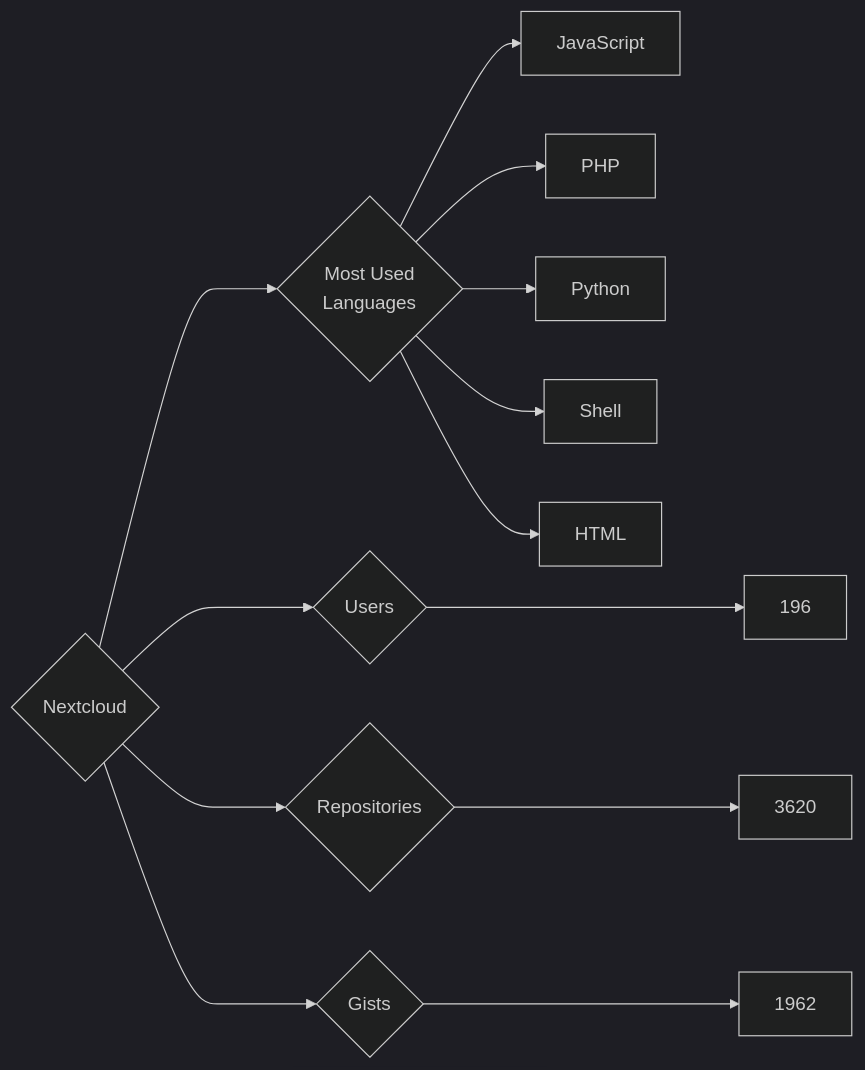
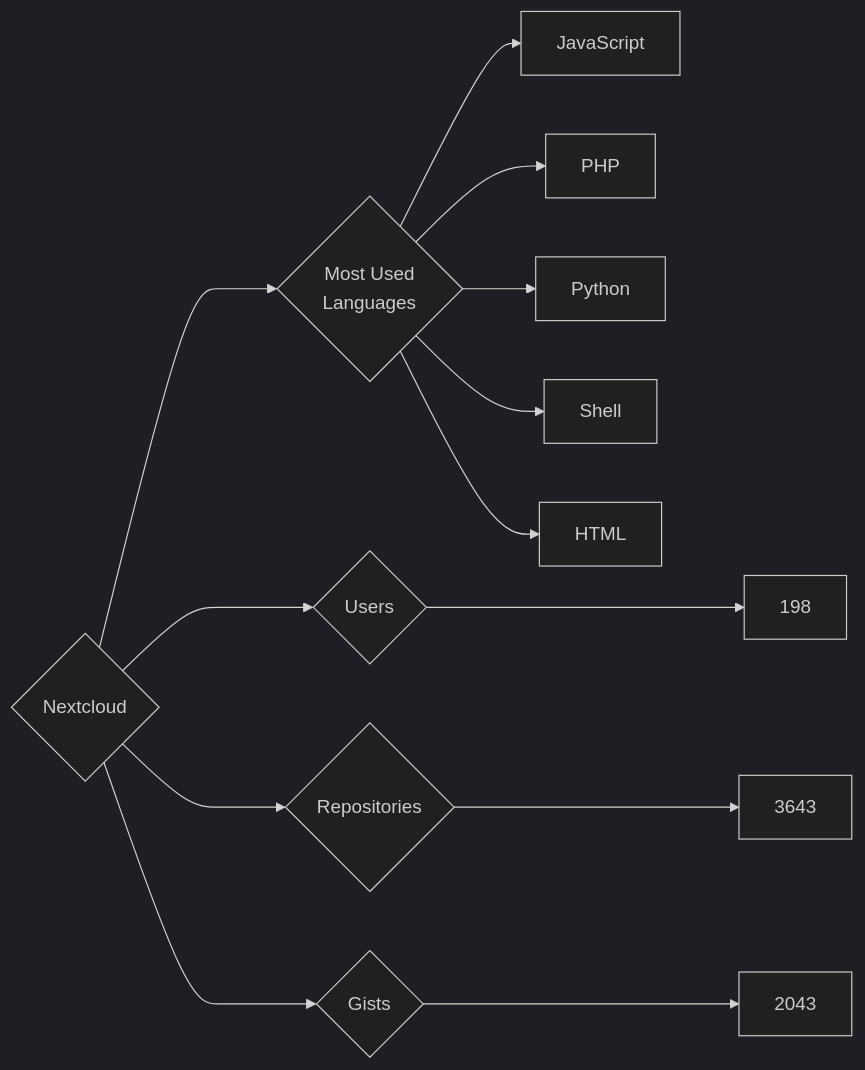
The diagram in targets/Nextcloud/README.md (trickest/insiders), drawn with Mermaid (dark theme) before and after one commit. The commit also changed 1508 other files, not shown here.

````diff
--- a/targets/Nextcloud/README.md
+++ b/targets/Nextcloud/README.md
@@ -3,13 +3,13 @@
 ```mermaid
 graph LR
 COMPANY_NAME{Nextcloud}
-COMPANY_NAME ---> U{Users} ---> UN[196]
-COMPANY_NAME ---> R{Repositories} ---> RN[3620]
-COMPANY_NAME ---> G{Gists} ---> GN[1962]
+COMPANY_NAME ---> U{Users} ---> UN[198]
+COMPANY_NAME ---> R{Repositories} ---> RN[3643]
+COMPANY_NAME ---> G{Gists} ---> GN[2043]
 COMPANY_NAME ---> ML{Most Used<br>Languages}
 ML --> JavaScript[JavaScript]
 ML --> PHP[PHP]
 ML --> Python[Python]
 ML --> Shell[Shell]
 ML --> HTML[HTML]
 ```
````
